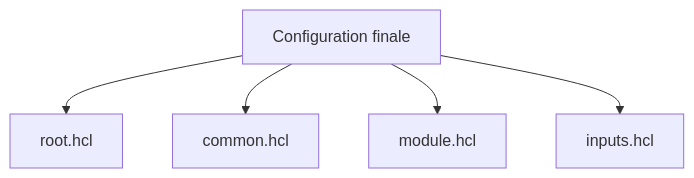
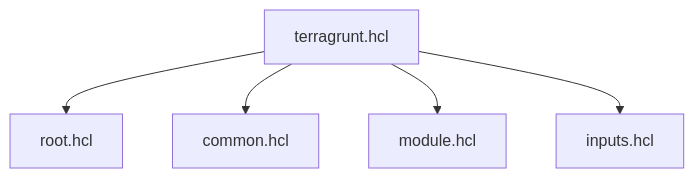
The diagram in content/blog/informatique/27-03-2025_terragrunt-decouverte/index.md (fabienchevalier/fabienchevalier.github.io), drawn with Mermaid before and after one commit. The commit also changed other lines of this file and 6 other files, not shown here.

```diff
--- a/content/blog/informatique/27-03-2025_terragrunt-decouverte/index.md
+++ b/content/blog/informatique/27-03-2025_terragrunt-decouverte/index.md
@@ -315,7 +338,7 @@
 {{< mermaid >}}
 flowchart TD
-    A[Configuration finale] --> B[root.hcl]
+    A[terragrunt.hcl] --> B[root.hcl]
     A --> C[common.hcl]
     A --> D[module.hcl]
     A --> E[inputs.hcl]
 {{< /mermaid >}}
```
